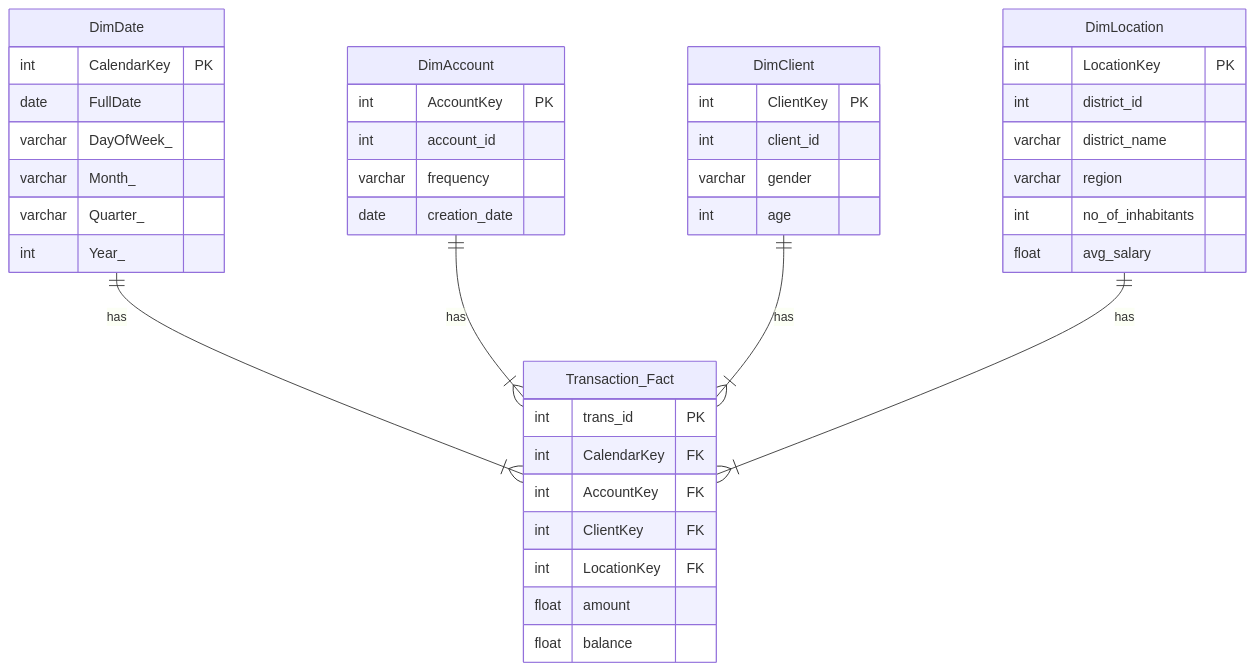
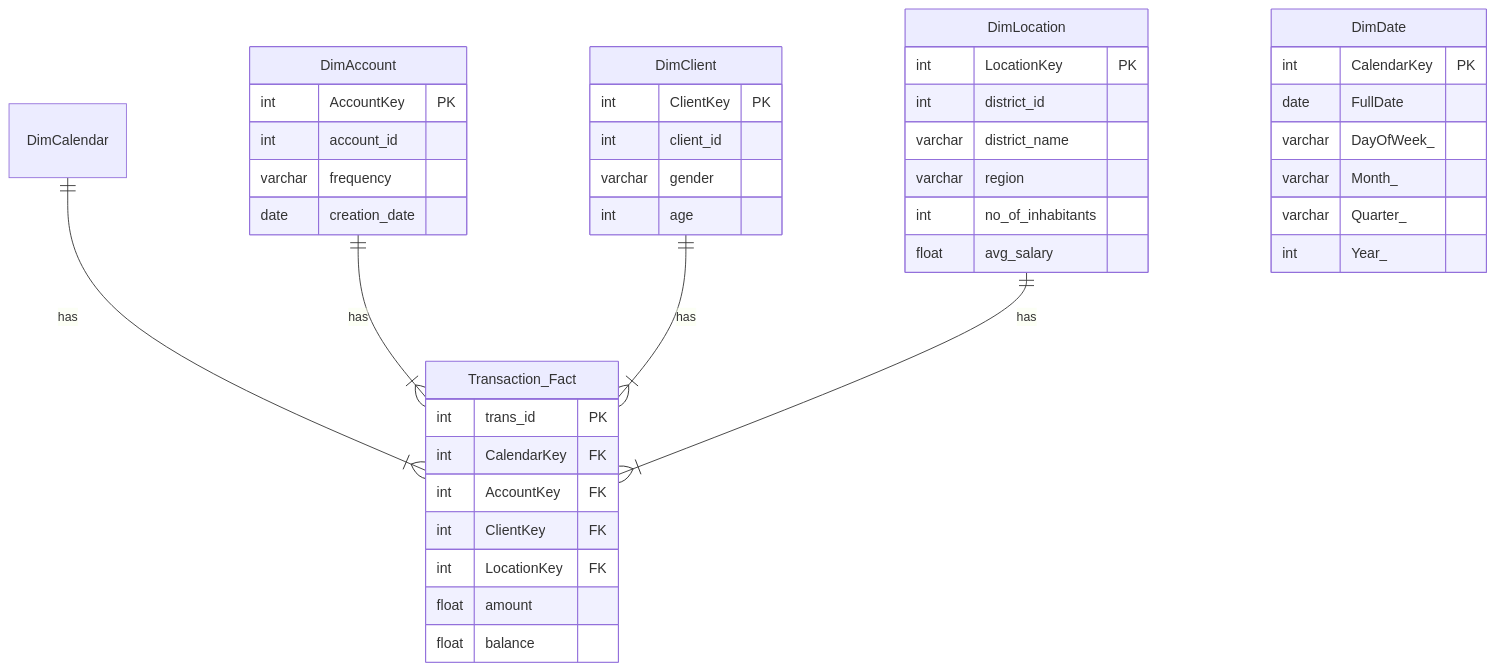
Before and after one commit to Zeeshan-Jamal-365/BANKING-DW: the diagram in README.md, drawn with Mermaid.

````diff
--- a/README.md
+++ b/README.md
@@ -71,49 +71,49 @@
 ```mermaid
 erDiagram
-    DimDate ||--|{ Transaction_Fact : "has"
+    DimCalendar ||--|{ Transaction_Fact : "has"
     DimAccount ||--|{ Transaction_Fact : "has"
     DimClient ||--|{ Transaction_Fact : "has"
     DimLocation ||--|{ Transaction_Fact : "has"
 
     Transaction_Fact {
         int trans_id PK
         int CalendarKey FK
         int AccountKey FK
         int ClientKey FK
         int LocationKey FK
         float amount
         float balance
     }
 
     DimDate {
         int CalendarKey PK
         date FullDate
         varchar DayOfWeek_
         varchar Month_
         varchar Quarter_
         int Year_
     }
 
     DimAccount {
         int AccountKey PK
         int account_id
         varchar frequency
         date creation_date
     }
 
     DimClient {
         int ClientKey PK
         int client_id
         varchar gender
         int age
     }
 
     DimLocation {
         int LocationKey PK
         int district_id
         varchar district_name
         varchar region
         int no_of_inhabitants
         float avg_salary
     }
 ```
````
